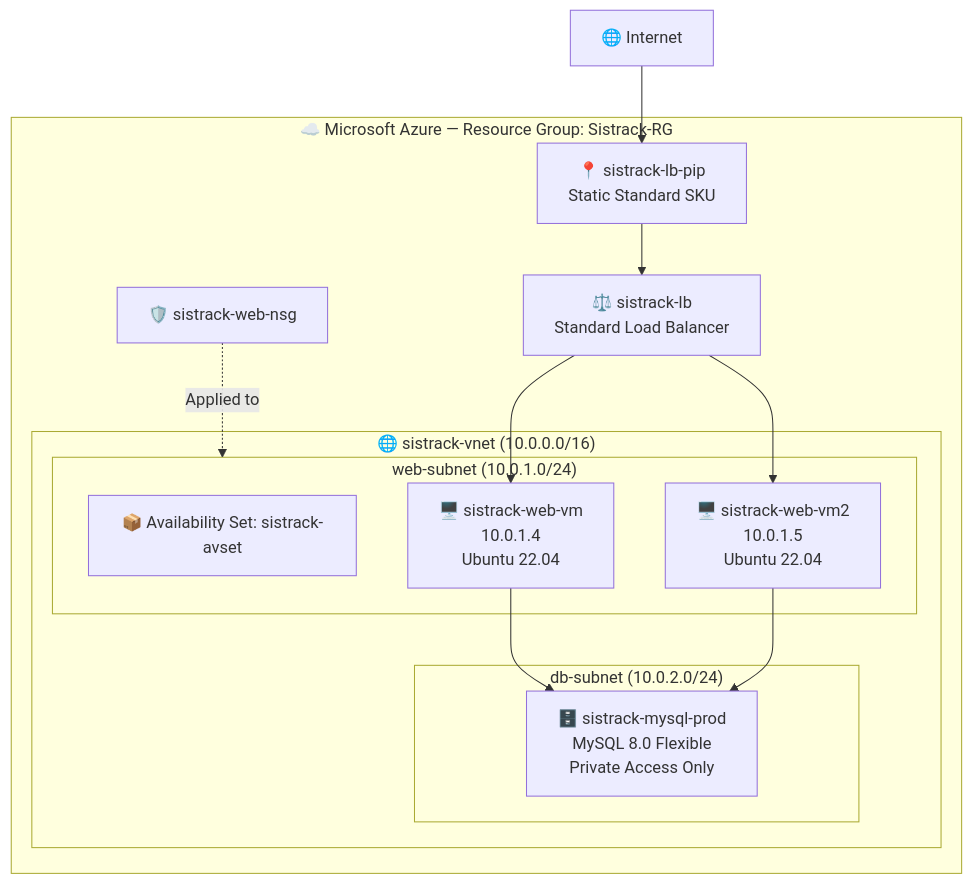
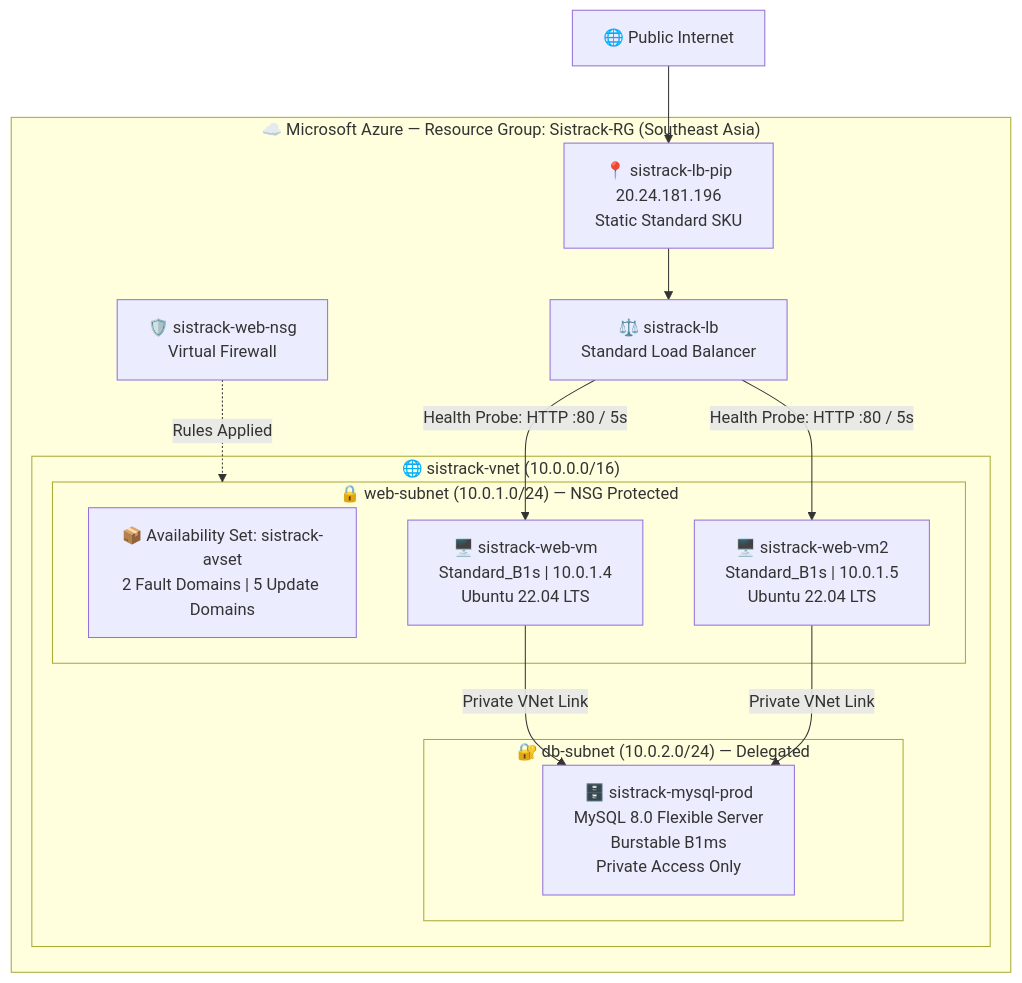
Before and after one commit to adamyudhistiramuhtar-byte/SistrackV2: the third of 5 diagrams in docs/cloud-infrastructure/AzureArchitecture.md, drawn with Mermaid. The commit also changed other lines of this file and 15 other files, not shown here.

Commit message:
docs: overhaul project documentation with comprehensive cloud architecture guides and professionalize README content

````diff
--- a/docs/cloud-infrastructure/AzureArchitecture.md
+++ b/docs/cloud-infrastructure/AzureArchitecture.md
@@ -94,27 +122,27 @@
 ```mermaid
 graph TB
-    subgraph Azure_Cloud ["☁️ Microsoft Azure — Resource Group: Sistrack-RG"]
+    subgraph Azure_Cloud ["☁️ Microsoft Azure — Resource Group: Sistrack-RG (Southeast Asia)"]
         subgraph VNet ["🌐 sistrack-vnet (10.0.0.0/16)"]
-            subgraph WebSubnet ["web-subnet (10.0.1.0/24)"]
-                AS["📦 Availability Set: sistrack-avset"]
-                VM1["🖥️ sistrack-web-vm\n10.0.1.4\nUbuntu 22.04"]
-                VM2["🖥️ sistrack-web-vm2\n10.0.1.5\nUbuntu 22.04"]
+            subgraph WebSubnet ["🔒 web-subnet (10.0.1.0/24) — NSG Protected"]
+                AS["📦 Availability Set: sistrack-avset<br/>2 Fault Domains | 5 Update Domains"]
+                VM1["🖥️ sistrack-web-vm<br/>Standard_B1s | 10.0.1.4<br/>Ubuntu 22.04 LTS"]
+                VM2["🖥️ sistrack-web-vm2<br/>Standard_B1s | 10.0.1.5<br/>Ubuntu 22.04 LTS"]
             end
-            subgraph DBSubnet ["db-subnet (10.0.2.0/24)"]
-                MySQL["🗄️ sistrack-mysql-prod\nMySQL 8.0 Flexible\nPrivate Access Only"]
+            subgraph DBSubnet ["🔐 db-subnet (10.0.2.0/24) — Delegated"]
+                MySQL["🗄️ sistrack-mysql-prod<br/>MySQL 8.0 Flexible Server<br/>Burstable B1ms<br/>Private Access Only"]
             end
         end
         
-        LB_PIP["📍 sistrack-lb-pip\nStatic Standard SKU"]
-        LB["⚖️ sistrack-lb\nStandard Load Balancer"]
-        NSG_Web["🛡️ sistrack-web-nsg"]
+        LB_PIP["📍 sistrack-lb-pip<br/>20.24.181.196<br/>Static Standard SKU"]
+        LB["⚖️ sistrack-lb<br/>Standard Load Balancer"]
+        NSG_Web["🛡️ sistrack-web-nsg<br/>Virtual Firewall"]
     end
     
-    Internet["🌐 Internet"] --> LB_PIP
+    Internet["🌐 Public Internet"] --> LB_PIP
     LB_PIP --> LB
-    LB --> VM1
-    LB --> VM2
-    NSG_Web -.->|Applied to| WebSubnet
-    VM1 --> MySQL
-    VM2 --> MySQL
+    LB -->|"Health Probe: HTTP :80 / 5s"| VM1
+    LB -->|"Health Probe: HTTP :80 / 5s"| VM2
+    NSG_Web -.->|"Rules Applied"| WebSubnet
+    VM1 -->|"Private VNet Link"| MySQL
+    VM2 -->|"Private VNet Link"| MySQL
 ```
````
